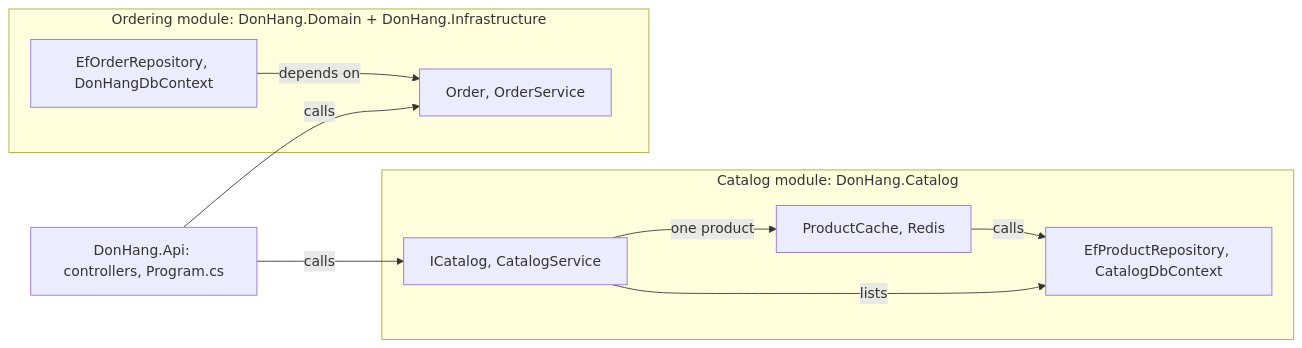
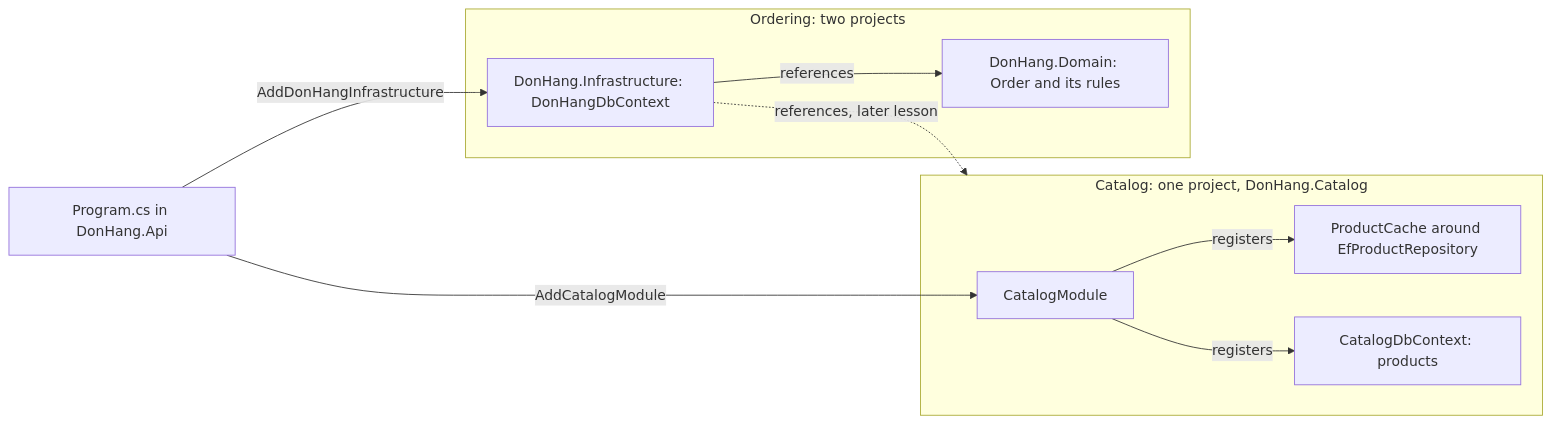
The diagram in content/tracks/design/modular-monolith/design.l3.modules-cut-through-layers.en.md (duyan11110/lo-trinh-architect), drawn with Mermaid before and after one commit. The commit also changed other lines of this file and 34 other files, not shown here.

````diff
--- a/content/tracks/design/modular-monolith/design.l3.modules-cut-through-layers.en.md
+++ b/content/tracks/design/modular-monolith/design.l3.modules-cut-through-layers.en.md
@@ -46,19 +46,19 @@
 ```mermaid
 flowchart LR
-  API["DonHang.Api: controllers, Program.cs"]
-  subgraph CAT["Catalog module: DonHang.Catalog"]
-    CS["ICatalog, CatalogService"]
-    PC["ProductCache, Redis"]
-    CDB["EfProductRepository, CatalogDbContext"]
+  P["Program.cs in DonHang.Api"]
+  subgraph CAT["Catalog: one project, DonHang.Catalog"]
+    CM["CatalogModule"]
+    CR["ProductCache around EfProductRepository"]
+    CD["CatalogDbContext: products"]
   end
-  subgraph ORD["Ordering module: DonHang.Domain + DonHang.Infrastructure"]
-    OS["Order, OrderService"]
-    ODB["EfOrderRepository, DonHangDbContext"]
+  subgraph ORD["Ordering: two projects"]
+    INF["DonHang.Infrastructure: DonHangDbContext"]
+    DOM["DonHang.Domain: Order and its rules"]
   end
-  API -->|"calls"| CS
-  API -->|"calls"| OS
-  CS -->|"one product"| PC
-  CS -->|"lists"| CDB
-  PC -->|"calls"| CDB
-  ODB -->|"depends on"| OS
+  P -->|"AddCatalogModule"| CM
+  P -->|"AddDonHangInfrastructure"| INF
+  CM -->|"registers"| CR
+  CM -->|"registers"| CD
+  INF -->|"references"| DOM
+  INF -.->|"references, later lesson"| CAT
 ```
````
